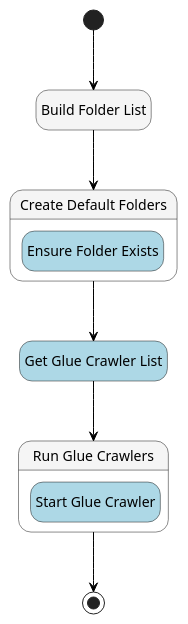
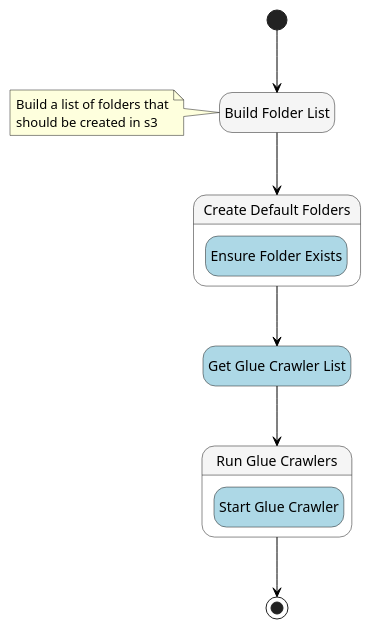
Before and after one commit to massfords/asl-puml: the diagram in src/__tests__/pumls/aws-example-initialize_account.asl.puml, drawn with PlantUML. The commit also changed 10 other files, not shown here.

```diff
--- a/src/__tests__/pumls/aws-example-initialize_account.asl.puml
+++ b/src/__tests__/pumls/aws-example-initialize_account.asl.puml
@@ -1,28 +1,32 @@
 @startuml
 hide empty description
 skinparam ArrowColor #black
 skinparam state {
 
     BackgroundColor<<aslMap>> #whitesmoke
 
     BackgroundColor<<aslPass>> #whitesmoke
     FontColor<<aslPass>> automatic
 
     BackgroundColor<<aslTask>> #lightblue
     FontColor<<aslTask>> automatic
     BackgroundColor<<Compensate>> #orange
 }
 state "Build Folder List" as state1<<aslPass>>
+note left
+  Build a list of folders that
+  should be created in s3
+end note
 state "Create Default Folders" as state2<<aslMap>> {
 state "Ensure Folder Exists" as state5<<aslTask>>
 }
 state "Get Glue Crawler List" as state3<<aslTask>>
 state "Run Glue Crawlers" as state4<<aslMap>> {
 state "Start Glue Crawler" as state6<<aslTask>>
 }
 [*] --> state1
 state1 --> state2
 state2 --> state3
 state3 --> state4
 state4 --> [*]
 @enduml
```
